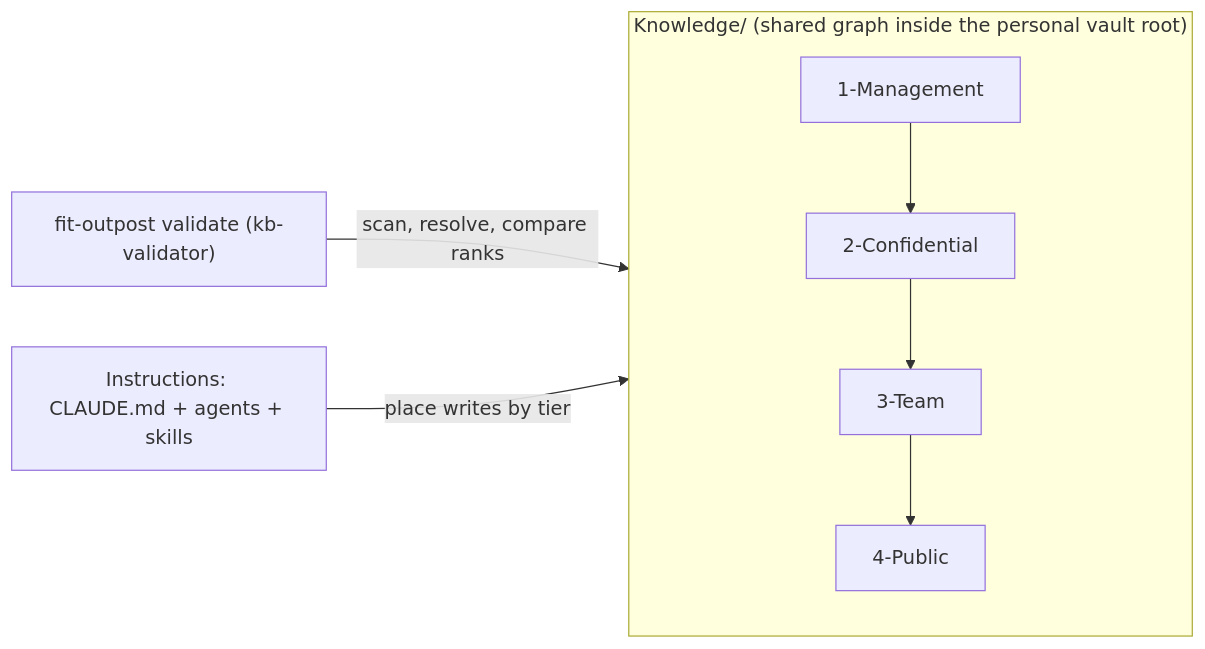
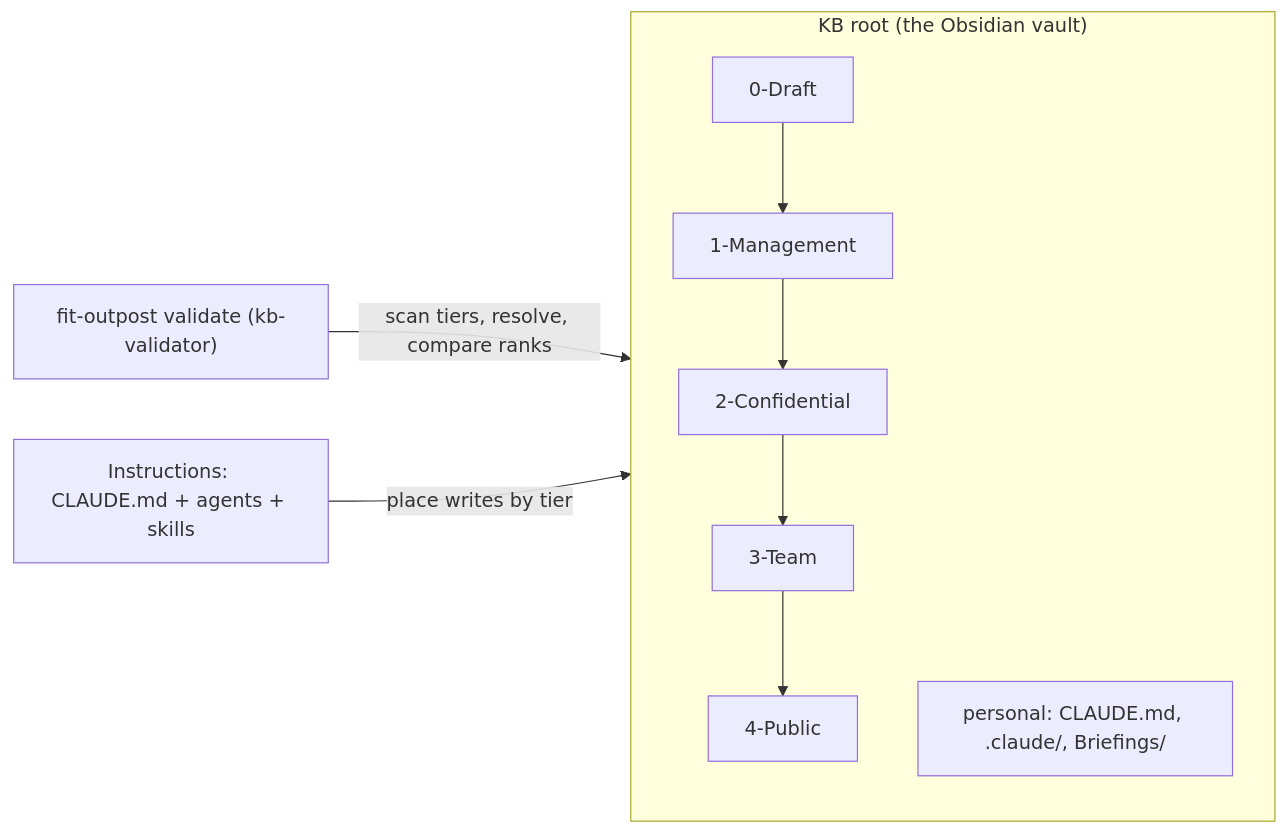
The first of 2 diagrams in specs/2310-outpost-tiered-knowledge/design-a.md (forwardimpact/monorepo), drawn with Mermaid before and after one commit. The commit also changed other lines of this file and 1 other file, not shown here.

First line of the commit message:
spec+design(2310): tiers at the vault root, add 0-Draft tier

````diff
--- a/specs/2310-outpost-tiered-knowledge/design-a.md
+++ b/specs/2310-outpost-tiered-knowledge/design-a.md
@@ -29,10 +33,12 @@
 ```mermaid
 flowchart LR
-  subgraph KB["Knowledge/ (shared graph inside the personal vault root)"]
-    T1["1-Management"] --> T2["2-Confidential"]
+  subgraph KB["KB root (the Obsidian vault)"]
+    T0["0-Draft"] --> T1["1-Management"]
+    T1 --> T2["2-Confidential"]
     T2 --> T3["3-Team"]
     T3 --> T4["4-Public"]
+    P["personal: CLAUDE.md, .claude/, Briefings/"]
   end
-  V["fit-outpost validate (kb-validator)"] -->|"scan, resolve, compare ranks"| KB
+  V["fit-outpost validate (kb-validator)"] -->|"scan tiers, resolve, compare ranks"| KB
   I["Instructions: CLAUDE.md + agents + skills"] -->|"place writes by tier"| KB
 ```
````
